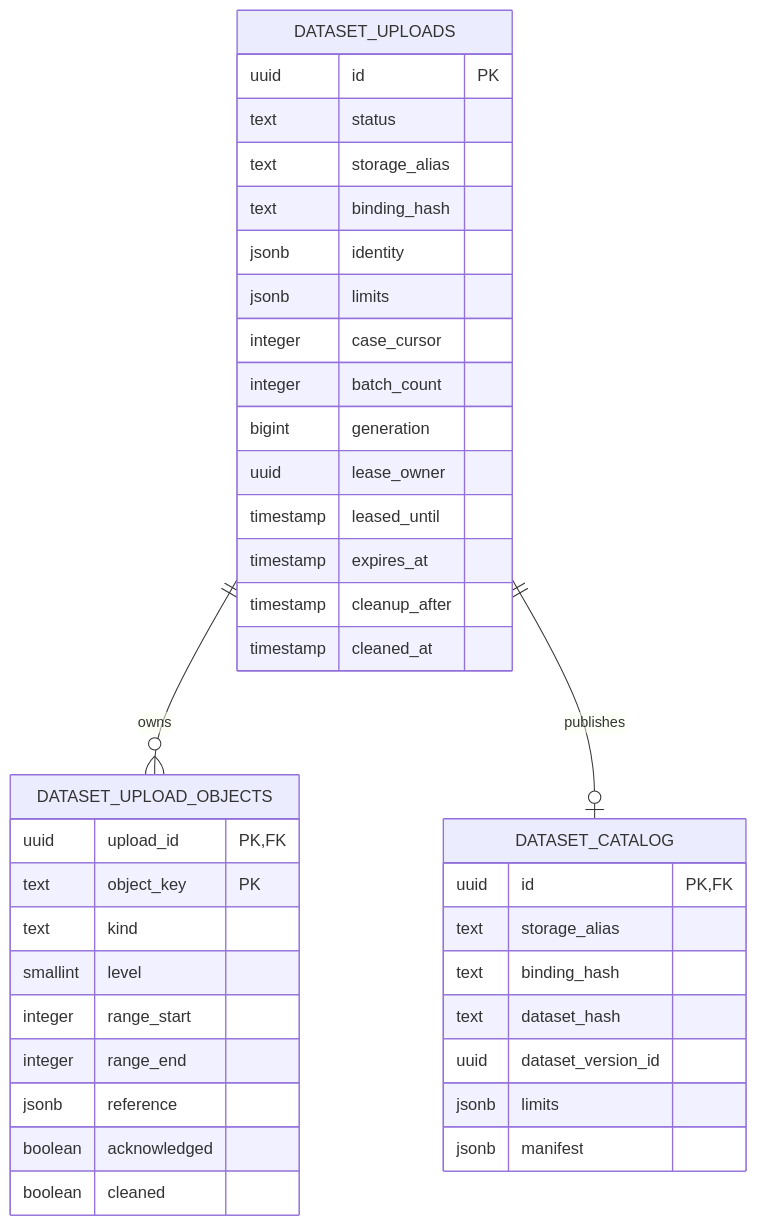
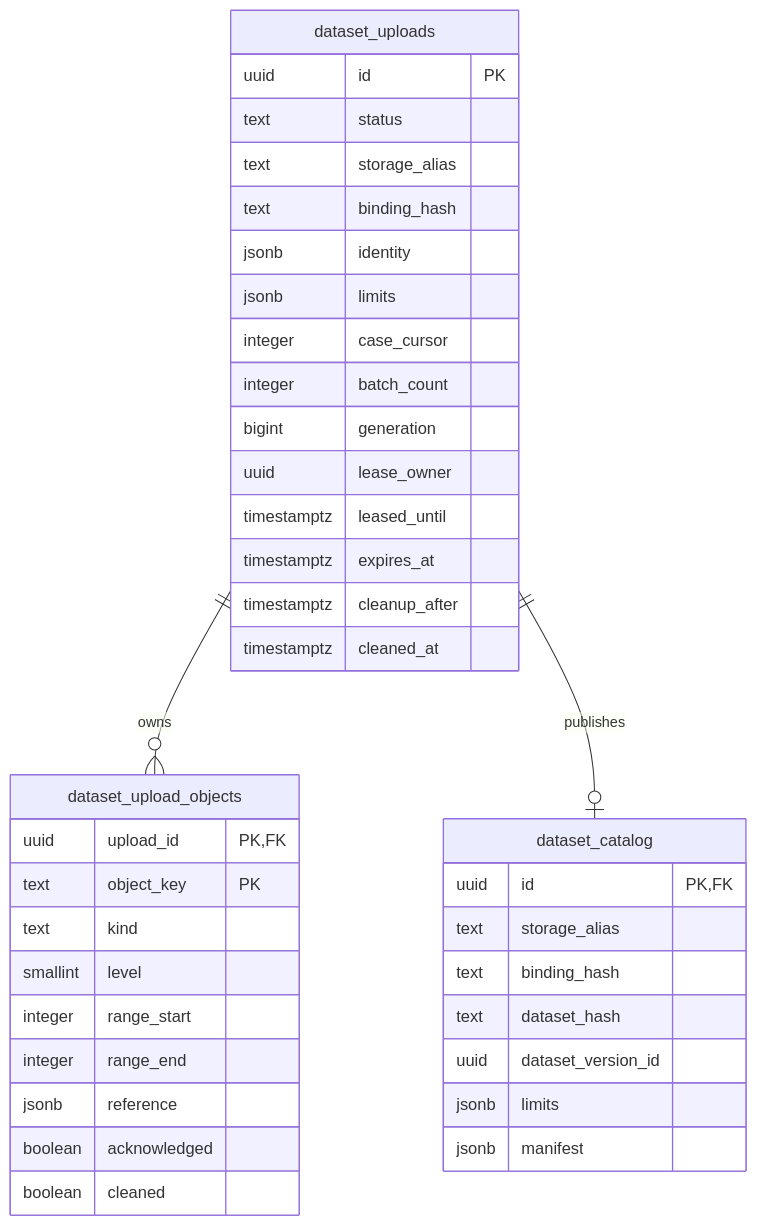
Before and after one commit to agent-vigilo/vigilo: the diagram in web/docs/architecture/case-storage/ingestion-data.mmd, drawn with Mermaid. The commit also changed 104 other files, not shown here.

```diff
--- a/web/docs/architecture/case-storage/ingestion-data.mmd
+++ b/web/docs/architecture/case-storage/ingestion-data.mmd
@@ -1,39 +1,39 @@
 erDiagram
-    DATASET_UPLOADS ||--o{ DATASET_UPLOAD_OBJECTS : owns
-    DATASET_UPLOADS ||--o| DATASET_CATALOG : publishes
-    DATASET_UPLOADS {
+    dataset_uploads ||--o{ dataset_upload_objects : owns
+    dataset_uploads ||--o| dataset_catalog : publishes
+    dataset_uploads {
         uuid id PK
         text status
         text storage_alias
         text binding_hash
         jsonb identity
         jsonb limits
         integer case_cursor
         integer batch_count
         bigint generation
         uuid lease_owner
-        timestamp leased_until
-        timestamp expires_at
-        timestamp cleanup_after
-        timestamp cleaned_at
+        timestamptz leased_until
+        timestamptz expires_at
+        timestamptz cleanup_after
+        timestamptz cleaned_at
     }
-    DATASET_UPLOAD_OBJECTS {
+    dataset_upload_objects {
         uuid upload_id PK,FK
         text object_key PK
         text kind
         smallint level
         integer range_start
         integer range_end
         jsonb reference
         boolean acknowledged
         boolean cleaned
     }
-    DATASET_CATALOG {
+    dataset_catalog {
         uuid id PK,FK
         text storage_alias
         text binding_hash
         text dataset_hash
         uuid dataset_version_id
         jsonb limits
         jsonb manifest
     }
```
